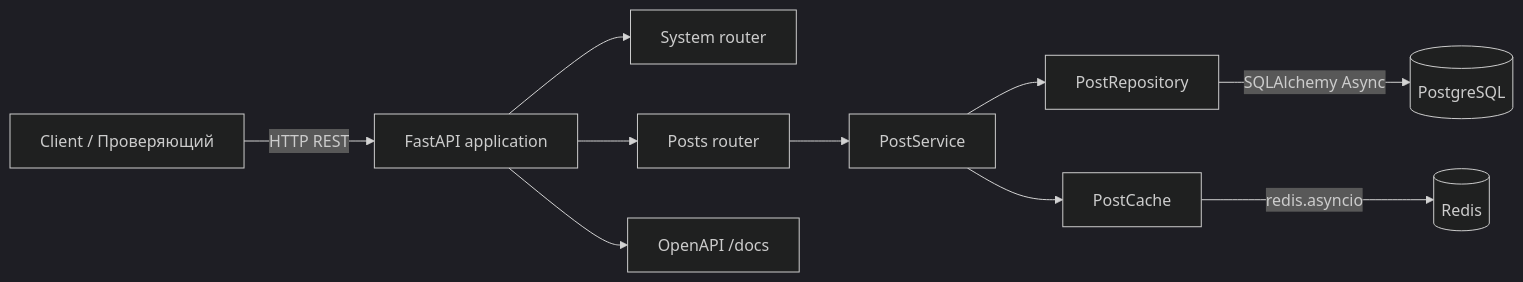
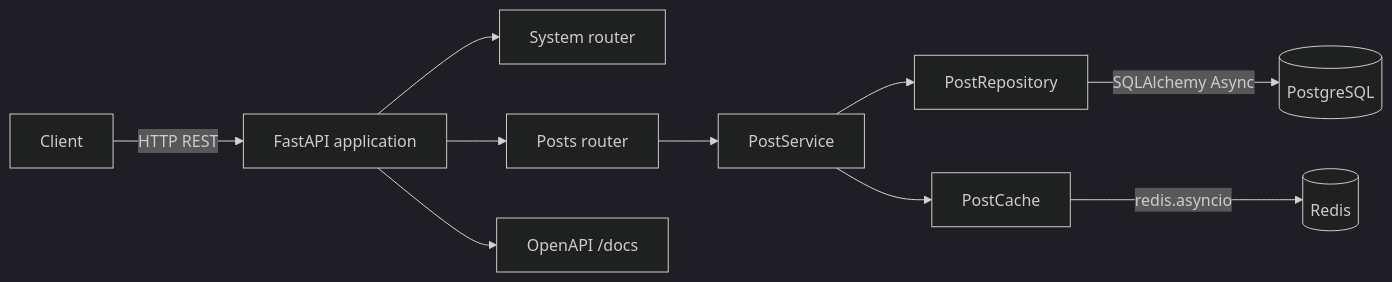
One commit to dimaliuzin-cyber/blog-cache-api changed the first of 7 diagrams in README.md. Above: the diagram before and after it, drawn with Mermaid (dark theme). The commit also changed other lines of this file, not shown here.

````diff
--- a/README.md
+++ b/README.md
@@ -194,17 +194,17 @@
 ```mermaid
 flowchart LR
-    Client["Client / Проверяющий"] -->|HTTP REST| API["FastAPI application"]
+    Client["Client"] -->|HTTP REST| API["FastAPI application"]
 
     API --> SystemRouter["System router"]
     API --> PostsRouter["Posts router"]
 
     PostsRouter --> PostService["PostService"]
 
     PostService --> PostRepository["PostRepository"]
     PostService --> PostCache["PostCache"]
 
     PostRepository -->|SQLAlchemy Async| PostgreSQL[(PostgreSQL)]
     PostCache -->|redis.asyncio| Redis[(Redis)]
 
     API --> OpenAPI["OpenAPI /docs"]
 ```
````
